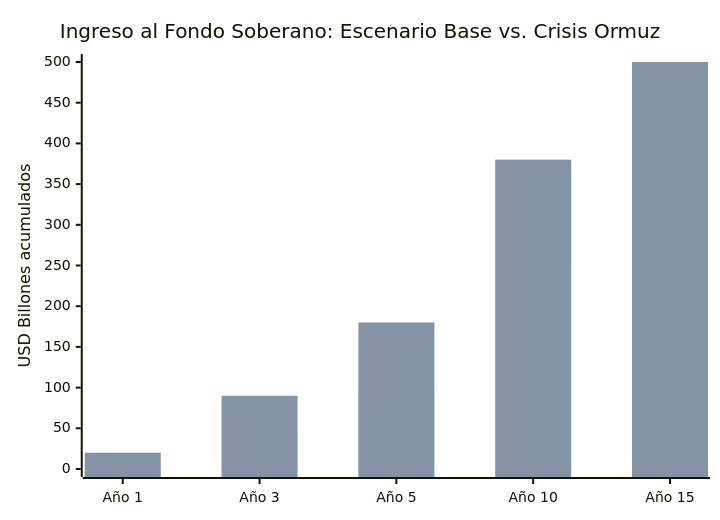
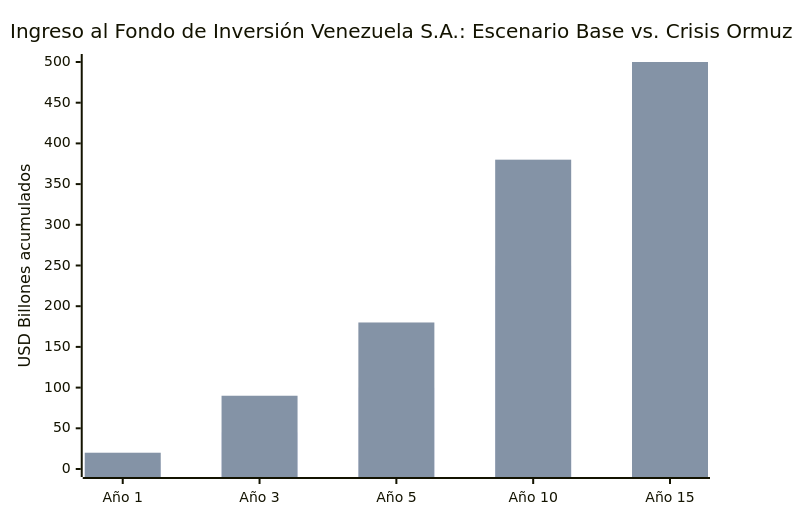
The second of 2 diagrams in docs/04-gobernanza/geopolitica.md (Venezuela-S-A/venezuela-sa), drawn with Mermaid before and after one commit. The commit also changed other lines of this file and 33 other files, not shown here.

First line of the commit message:
refactor: rename 'fondo soberano' to 'Fondo de Inversión Venezuela S.A.'

````diff
--- a/docs/04-gobernanza/geopolitica.md
+++ b/docs/04-gobernanza/geopolitica.md
@@ -151,8 +151,8 @@
 ```mermaid
 xychart-beta
-    title "Ingreso al Fondo Soberano: Escenario Base vs. Crisis Ormuz"
+    title "Ingreso al Fondo de Inversión Venezuela S.A.: Escenario Base vs. Crisis Ormuz"
     x-axis ["Año 1", "Año 3", "Año 5", "Año 10", "Año 15"]
     y-axis "USD Billones acumulados" 0 --> 500
     bar [8, 45, 100, 250, 400]
     bar [20, 90, 180, 380, 500]
 ```
````
